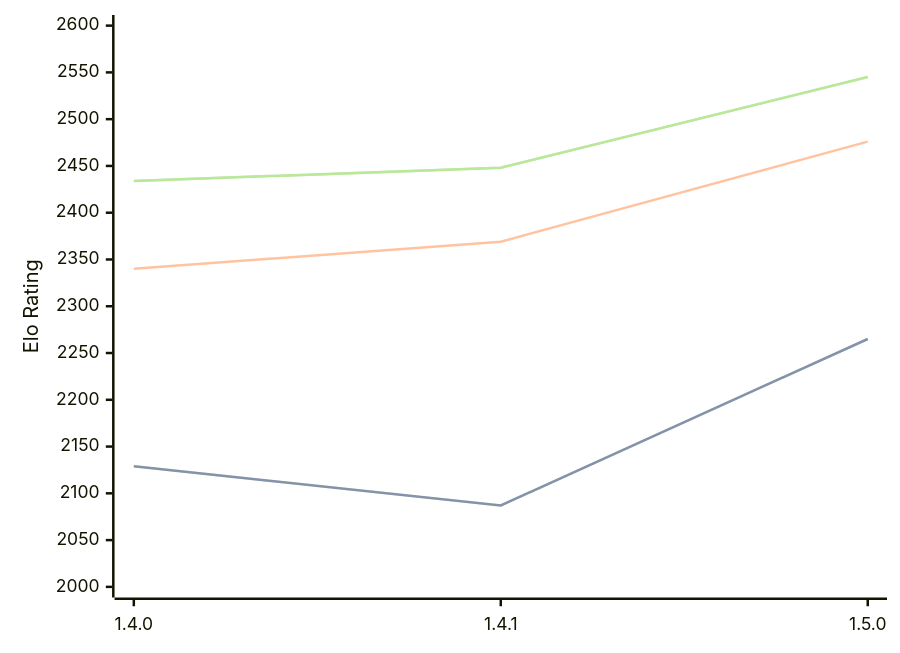
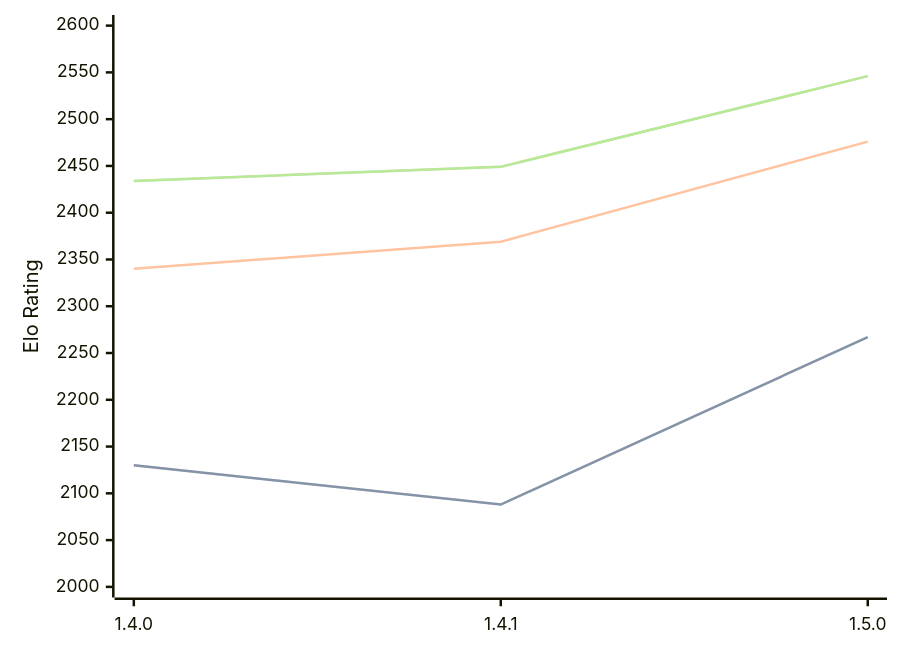
One commit to computer-chess-index/cci changed the diagram in engines/Tofiks.md. Above: the diagram before and after it, drawn with Mermaid. The commit also changed other lines of this file, not shown here.

Commit message:
Update CCI Ratings (ELO VLTC) - 2026-05-12

````diff
--- a/engines/Tofiks.md
+++ b/engines/Tofiks.md
@@ -37,11 +37,11 @@
 ```mermaid
 %%{init: {"theme":"base","themeVariables":{"seriesColors:['#a3a3a3','#222221','#faa371']}}}%%
 xychart-beta
   x-axis ["1.4.0", "1.4.1", "1.5.0"]
   y-axis "Elo Rating" 2000 --> 2600
-  line "STC (8.0+0.08s)" [2129, 2087, 2265]
-  line "STC (8.0+0.08s)" [2129, 2087, 2265]
+  line "STC (8.0+0.08s)" [2130, 2088, 2267]
+  line "STC (8.0+0.08s)" [2130, 2088, 2267]
   line "LTC (60.0+0.60s)" [2340, 2369, 2476]
-  line "VLTC (2m24s+1.12s)" [2434, 2448, 2545]
-  line "VLTC (2m24s+1.12s)" [2434, 2448, 2545]
+  line "VLTC (2m24s+1.12s)" [2434, 2449, 2546]
+  line "VLTC (2m24s+1.12s)" [2434, 2449, 2546]
 ```
````
